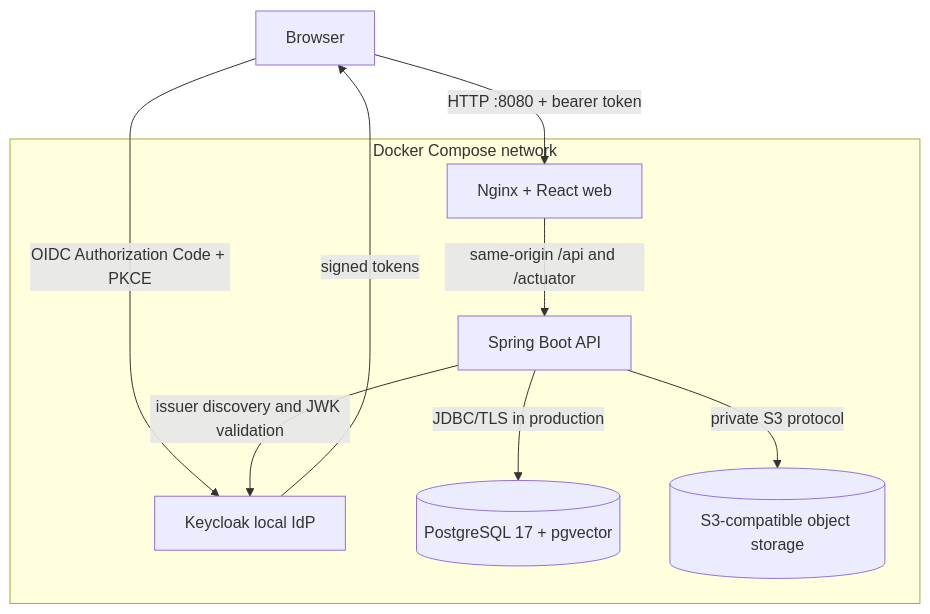
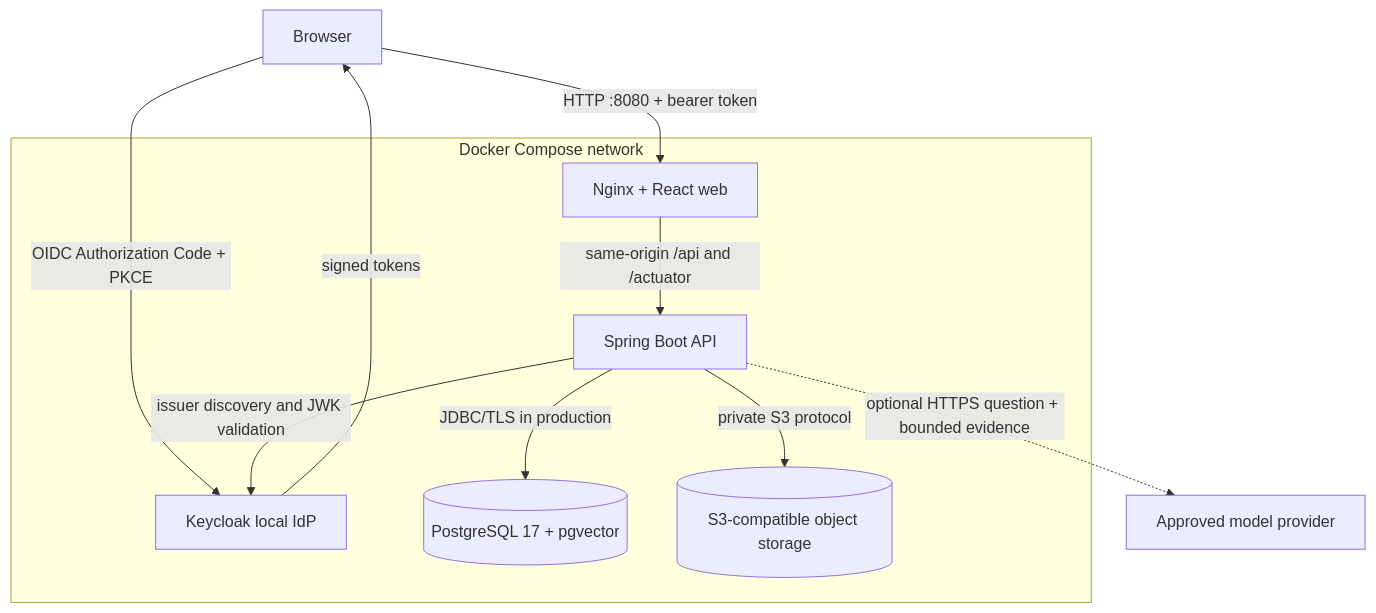
The second of 2 diagrams in docs/architecture/context.md (Yanziki/enterprise-ai-knowledge-ops-platform), drawn with Mermaid before and after one commit. The commit also changed other lines of this file and 53 other files, not shown here.

````diff
--- a/docs/architecture/context.md
+++ b/docs/architecture/context.md
@@ -25,18 +25,19 @@
 ```mermaid
 flowchart TB
   Browser["Browser"] -->|"OIDC Authorization Code + PKCE"| IdP["Keycloak local IdP"]
   IdP -->|"signed tokens"| Browser
   Browser -->|"HTTP :8080 + bearer token"| Web["Nginx + React web"]
   Web -->|"same-origin /api and /actuator"| API["Spring Boot API"]
   API -->|"issuer discovery and JWK validation"| IdP
   API -->|"JDBC/TLS in production"| DB[("PostgreSQL 17 + pgvector")]
   API -->|"private S3 protocol"| Objects[("S3-compatible object storage")]
+  API -. "optional HTTPS question + bounded evidence" .-> Models["Approved model provider"]
 
   subgraph Host["Docker Compose network"]
     Web
     API
     DB
     IdP
     Objects
   end
 ```
````
